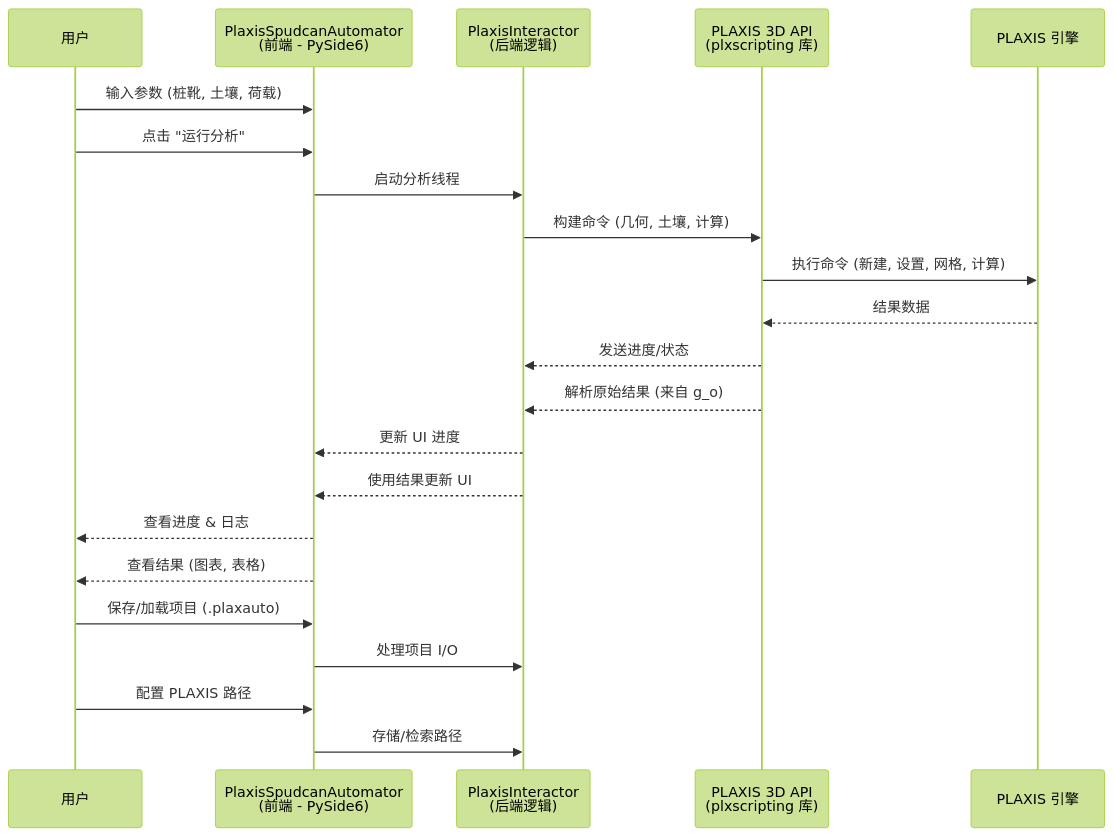
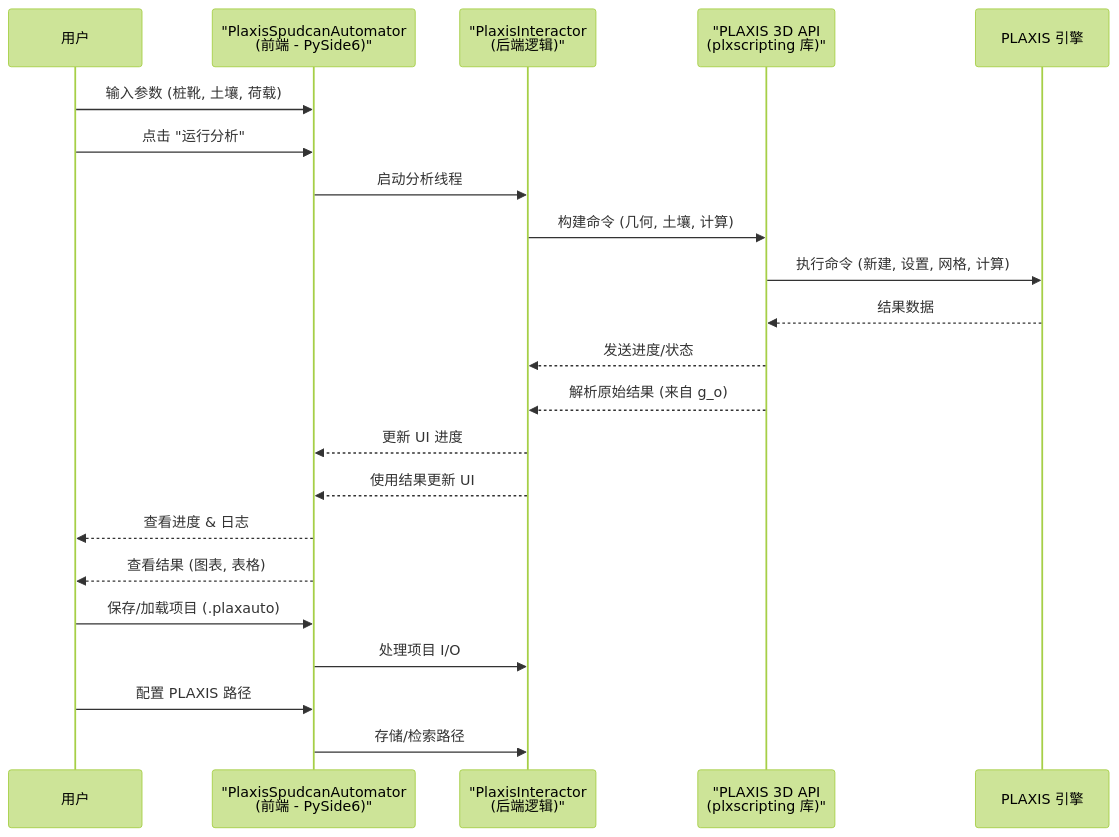
Before and after one commit to Jas0nxlee/PLAXIS-lzx: the second of 2 diagrams in readme_zh.md, drawn with Mermaid (forest theme). The commit also changed other lines of this file, not shown here.

First line of the commit message:
Fix: Update readme_zh.md Mermaid diagrams to match readme.md corrections

````diff
--- a/readme_zh.md
+++ b/readme_zh.md
@@ -110,26 +110,26 @@
 ```mermaid
 sequenceDiagram
     participant User as 用户
-    participant Automator as PlaxisSpudcanAutomator<br>(前端 - PySide6)
-    participant Interactor as PlaxisInteractor<br>(后端逻辑)
-    participant API as PLAXIS 3D API<br>(plxscripting 库)
+    participant Automator as "PlaxisSpudcanAutomator<br>(前端 - PySide6)"
+    participant Interactor as "PlaxisInteractor<br>(后端逻辑)"
+    participant API as "PLAXIS 3D API<br>(plxscripting 库)"
     participant PLAXIS as PLAXIS 引擎
 
     User->>Automator: 输入参数 (桩靴, 土壤, 荷载)
     User->>Automator: 点击 "运行分析"
     Automator->>Interactor: 启动分析线程
     Interactor->>API: 构建命令 (几何, 土壤, 计算)
     API->>PLAXIS: 执行命令 (新建, 设置, 网格, 计算)
     PLAXIS-->>API: 结果数据
     API-->>Interactor: 发送进度/状态
     API-->>Interactor: 解析原始结果 (来自 g_o)
     Interactor-->>Automator: 更新 UI 进度
     Interactor-->>Automator: 使用结果更新 UI
     Automator-->>User: 查看进度 & 日志
     Automator-->>User: 查看结果 (图表, 表格)
 
     User->>Automator: 保存/加载项目 (.plaxauto)
     Automator->>Interactor: 处理项目 I/O
     User->>Automator: 配置 PLAXIS 路径
     Automator->>Interactor: 存储/检索路径
 ```
````
